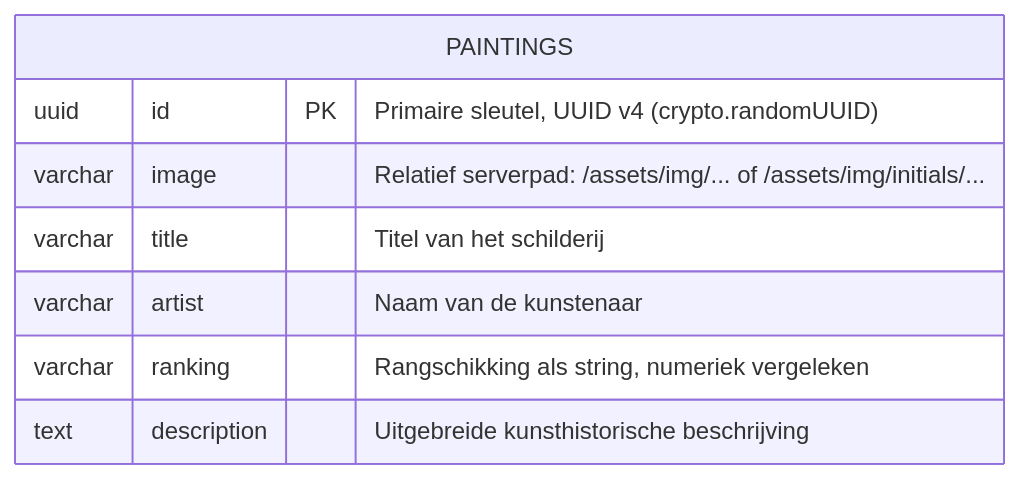
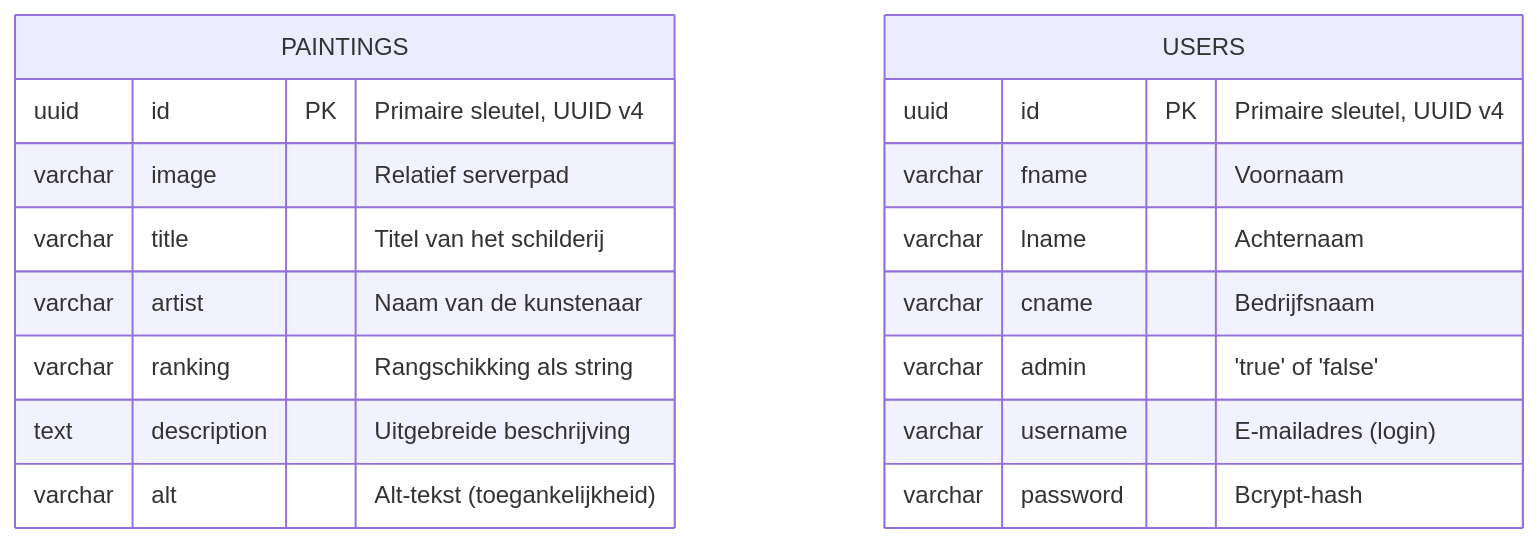
Before and after one commit to NevilDouglas/nevils-gallery: the diagram in docs/3_api_crud_documentatie.md, drawn with Mermaid. The commit also changed other lines of this file and 13 other files, not shown here.

````diff
--- a/docs/3_api_crud_documentatie.md
+++ b/docs/3_api_crud_documentatie.md
@@ -42,11 +55,22 @@
 ```mermaid
 erDiagram
     PAINTINGS {
-        uuid    id          PK  "Primaire sleutel, UUID v4 (crypto.randomUUID)"
-        varchar image           "Relatief serverpad: /assets/img/... of /assets/img/initials/..."
+        uuid    id          PK  "Primaire sleutel, UUID v4"
+        varchar image           "Relatief serverpad"
         varchar title           "Titel van het schilderij"
         varchar artist          "Naam van de kunstenaar"
-        varchar ranking         "Rangschikking als string, numeriek vergeleken"
-        text    description     "Uitgebreide kunsthistorische beschrijving"
+        varchar ranking         "Rangschikking als string"
+        text    description     "Uitgebreide beschrijving"
+        varchar alt             "Alt-tekst (toegankelijkheid)"
+    }
+
+    USERS {
+        uuid    id          PK  "Primaire sleutel, UUID v4"
+        varchar fname           "Voornaam"
+        varchar lname           "Achternaam"
+        varchar cname           "Bedrijfsnaam"
+        varchar admin           "'true' of 'false'"
+        varchar username        "E-mailadres (login)"
+        varchar password        "Bcrypt-hash"
     }
 ```
````
